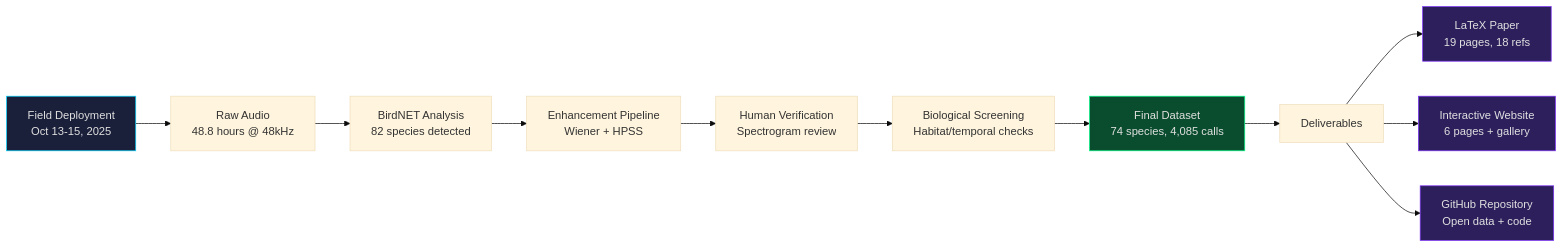
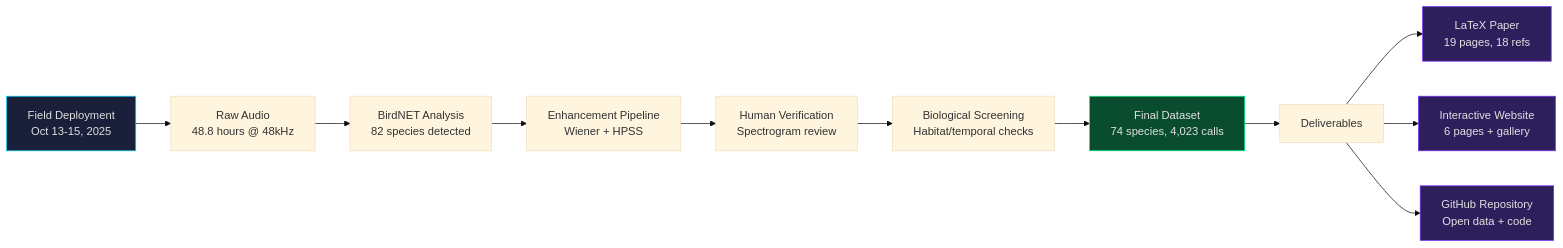
The first of 4 diagrams in README.md (Ziforge/gaulosen-study), drawn with Mermaid (base theme) before and after one commit. The commit also changed other lines of this file and 6 other files, not shown here.

````diff
--- a/README.md
+++ b/README.md
@@ -57,19 +57,19 @@
 ```mermaid
 flowchart LR
     A[Field Deployment<br/>Oct 13-15, 2025] --> B[Raw Audio<br/>48.8 hours @ 48kHz]
     B --> C[BirdNET Analysis<br/>82 species detected]
     C --> D[Enhancement Pipeline<br/>Wiener + HPSS]
     D --> E[Human Verification<br/>Spectrogram review]
     E --> F[Biological Screening<br/>Habitat/temporal checks]
-    F --> G[Final Dataset<br/>74 species, 4,085 calls]
+    F --> G[Final Dataset<br/>74 species, 4,023 calls]
     G --> H[Deliverables]
     H --> I[LaTeX Paper<br/>19 pages, 18 refs]
     H --> J[Interactive Website<br/>6 pages + gallery]
     H --> K[GitHub Repository<br/>Open data + code]
 
     style A fill:#1a1f3a,stroke:#00d4ff,color:#e0e0e0
     style G fill:#0a4d2e,stroke:#00ff88,color:#e0e0e0
     style I fill:#2d1f5c,stroke:#7b2ff7,color:#e0e0e0
     style J fill:#2d1f5c,stroke:#7b2ff7,color:#e0e0e0
     style K fill:#2d1f5c,stroke:#7b2ff7,color:#e0e0e0
 ```
````
